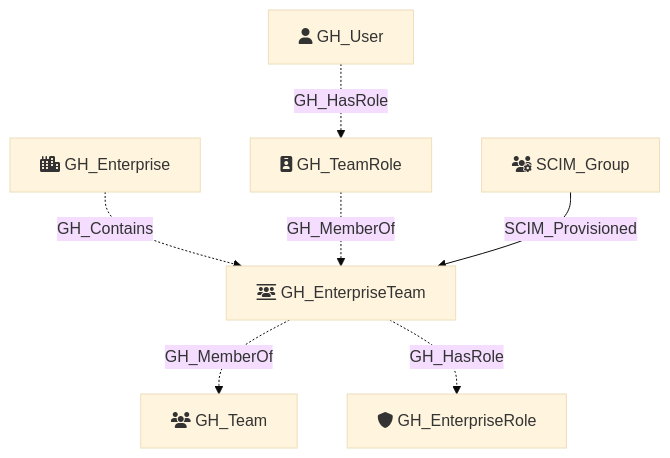
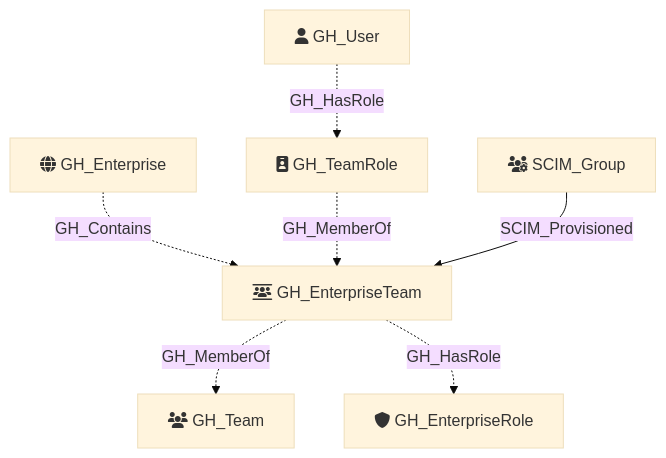
One commit to SpecterOps/GitHound changed the diagram in Documentation/NodeDescriptions/GH_EnterpriseTeam.md. Above: the diagram before and after it, drawn with Mermaid (base theme). The commit also changed 21 other files, not shown here.

First line of the commit message:
Update mermaid diagram icons to match GitHub's own iconography

````diff
--- a/Documentation/NodeDescriptions/GH_EnterpriseTeam.md
+++ b/Documentation/NodeDescriptions/GH_EnterpriseTeam.md
@@ -29,17 +29,17 @@
 ```mermaid
 flowchart TD
-    GH_Enterprise[fa:fa-city GH_Enterprise]
+    GH_Enterprise[fa:fa-globe GH_Enterprise]
     GH_EnterpriseTeam[fa:fa-users-between-lines GH_EnterpriseTeam]
     GH_TeamRole[fa:fa-id-badge GH_TeamRole]
     GH_User[fa:fa-user GH_User]
     GH_Team[fa:fa-users GH_Team]
     GH_EnterpriseRole[fa:fa-shield GH_EnterpriseRole]
     SCIM_Group[fa:fa-users-gear SCIM_Group]
 
     GH_Enterprise -.->|GH_Contains| GH_EnterpriseTeam
     GH_User -.->|GH_HasRole| GH_TeamRole
     GH_TeamRole -.->|GH_MemberOf| GH_EnterpriseTeam
     GH_EnterpriseTeam -.->|GH_MemberOf| GH_Team
     GH_EnterpriseTeam -.->|GH_HasRole| GH_EnterpriseRole
     SCIM_Group -->|SCIM_Provisioned| GH_EnterpriseTeam
 ```
````
